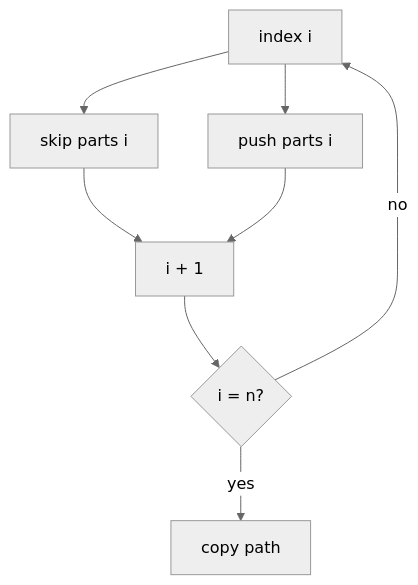
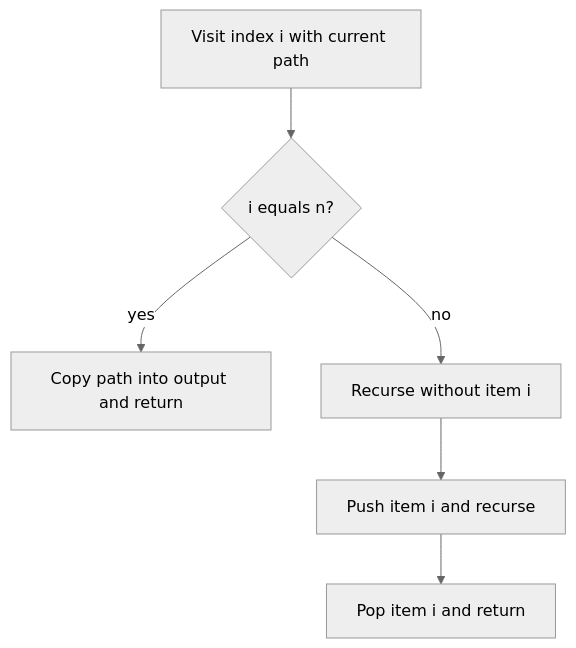
Before and after one commit to jdodsoncollins/study-material: the diagram in lessons/algorithms/problems/spare-subsets/viz/branch.md, drawn with Mermaid (neutral theme). The commit also changed 175 other files, not shown here.

````diff
--- a/lessons/algorithms/problems/spare-subsets/viz/branch.md
+++ b/lessons/algorithms/problems/spare-subsets/viz/branch.md
@@ -3,10 +3,8 @@
 ```mermaid
 flowchart TB
-  i[index i] --> skip[skip parts i]
-  i --> take[push parts i]
-  skip --> next[i + 1]
-  take --> next
-  next --> leaf{i = n?}
-  leaf -->|yes| copy[copy path]
-  leaf -->|no| i
+  enter[Visit index i with current path] --> leaf{i equals n?}
+  leaf -->|yes| copy[Copy path into output and return]
+  leaf -->|no| skip[Recurse without item i]
+  skip --> take[Push item i and recurse]
+  take --> undo[Pop item i and return]
 ```
````
